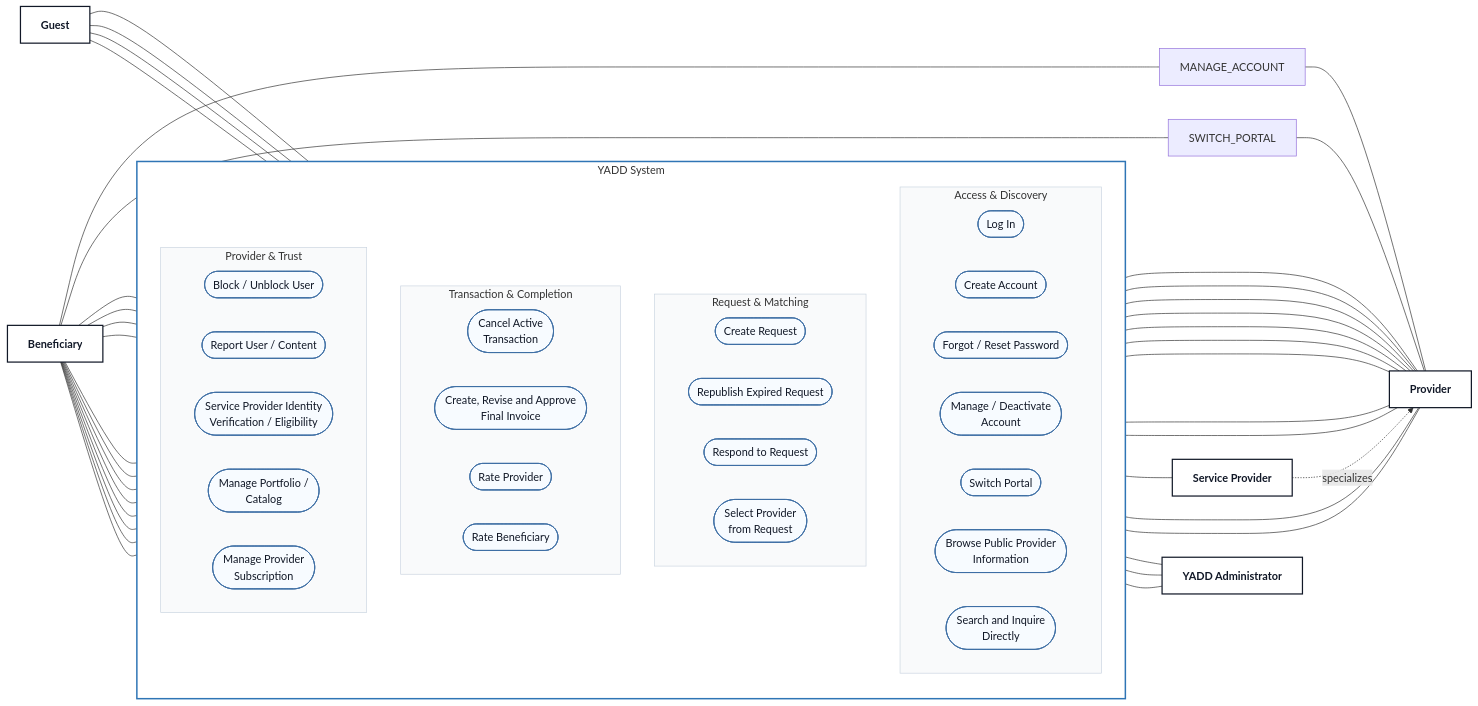
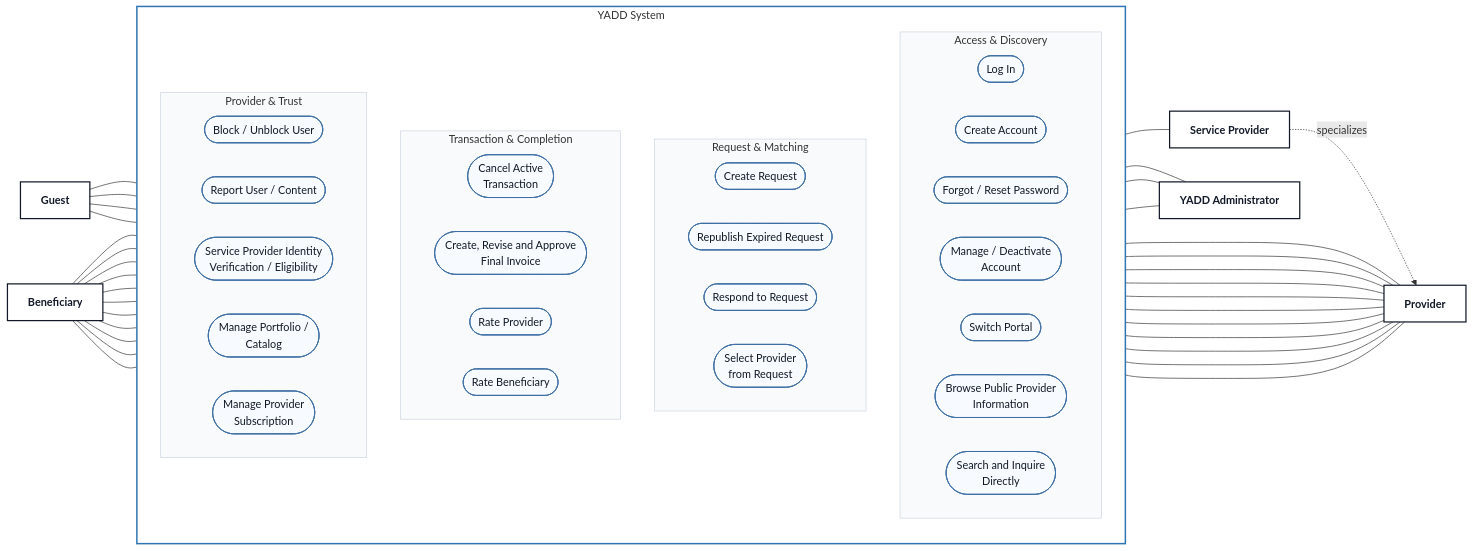
One commit to Yadd-SanaaUniversityGraduationProject/yadd changed the diagram in diagrams/03-analysis/uml/use-case/00-main-overview.md. Above: the diagram before and after it, drawn with Mermaid. The commit also changed 33 other files, not shown here.

First line of the commit message:
docs: synchronize UML diagram packages

```diff
--- a/diagrams/03-analysis/uml/use-case/00-main-overview.md
+++ b/diagrams/03-analysis/uml/use-case/00-main-overview.md
@@ -69,11 +69,8 @@
 
     B --- MANAGE_ACC
     B --- SWITCH
-    B --- MANAGE_ACCOUNT
-    B --- SWITCH_PORTAL
     B --- UC01
     B --- UC02
-    B --- REPUBLISH
     B --- REPUBLISH
     B --- UC04
     B --- UC05
@@ -84,8 +81,6 @@
 
     MANAGE_ACC --- P
     SWITCH --- P
-    MANAGE_ACCOUNT --- P
-    SWITCH_PORTAL --- P
     UC01 --- P
     UC03 --- P
     UC05 --- P
```
